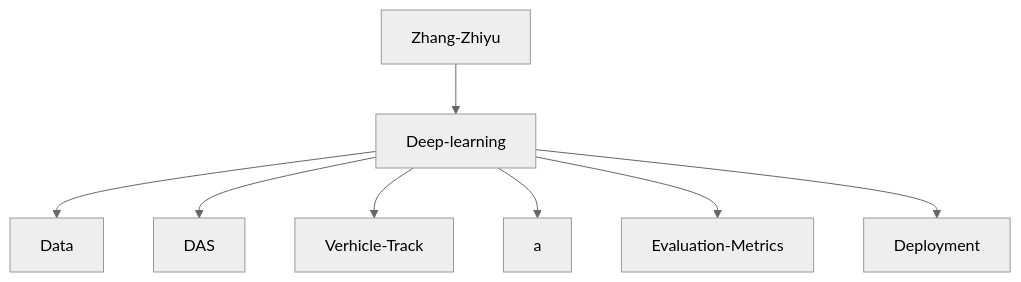
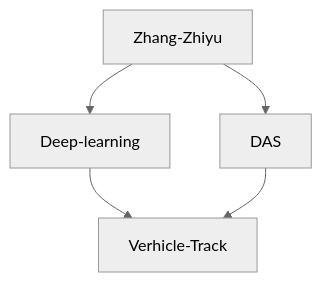
Before and after one commit to erbiaoger/erbiaoger: the diagram in Readme.md, drawn with Mermaid (neutral theme). The commit also changed other lines of this file, not shown here.

Commit message:
🚶 add

````diff
--- a/Readme.md
+++ b/Readme.md
@@ -76,10 +76,7 @@
 ```mermaid
 graph TD;
     Zhang-Zhiyu-->Deep-learning;
-    Deep-learning-->Data;
-    Deep-learning-->DAS;
+    Zhang-Zhiyu-->DAS;
     Deep-learning-->Verhicle-Track;
-    Deep-learning-->a;
-    Deep-learning-->Evaluation-Metrics;
-    Deep-learning-->Deployment;
+    DAS-->Verhicle-Track;
    ```
````
